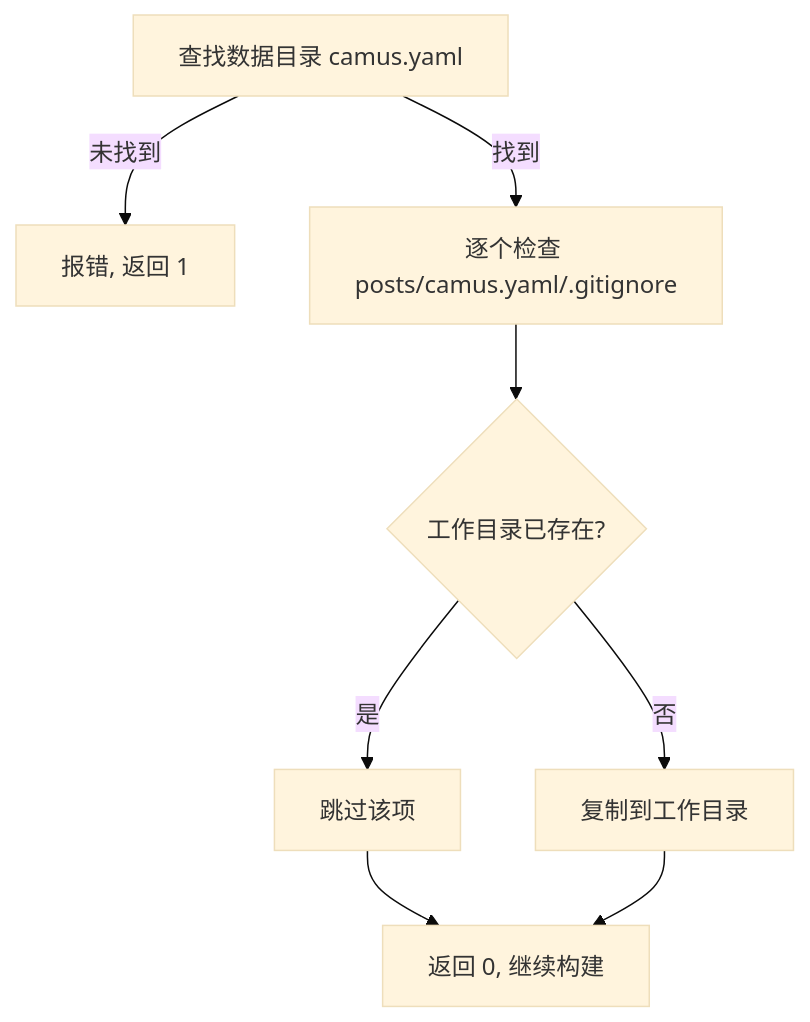
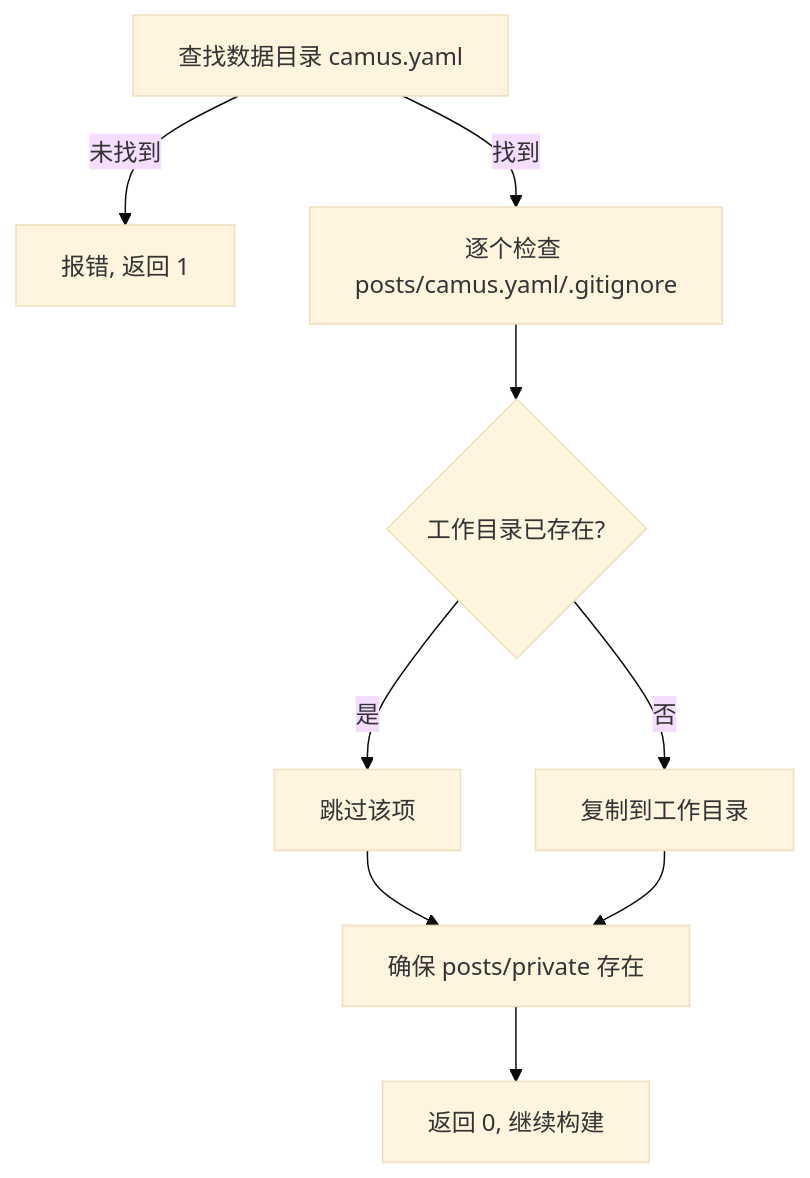
Before and after one commit to o8x/camus: the first of 2 diagrams in docs/prd/08-template-install.md, drawn with Mermaid (base theme). The commit also changed other lines of this file and 14 other files, not shown here.

````diff
--- a/docs/prd/08-template-install.md
+++ b/docs/prd/08-template-install.md
@@ -48,10 +51,11 @@
 ```mermaid
 flowchart TD
     A[查找数据目录 camus.yaml] -->|未找到| X[报错, 返回 1]
     A -->|找到| B[逐个检查 posts/camus.yaml/.gitignore]
     B --> C{工作目录已存在?}
     C -->|是| S[跳过该项]
     C -->|否| D[复制到工作目录]
-    S --> OK[返回 0, 继续构建]
-    D --> OK
+    S --> P[确保 posts/private 存在]
+    D --> P
+    P --> OK[返回 0, 继续构建]
 ```
````
